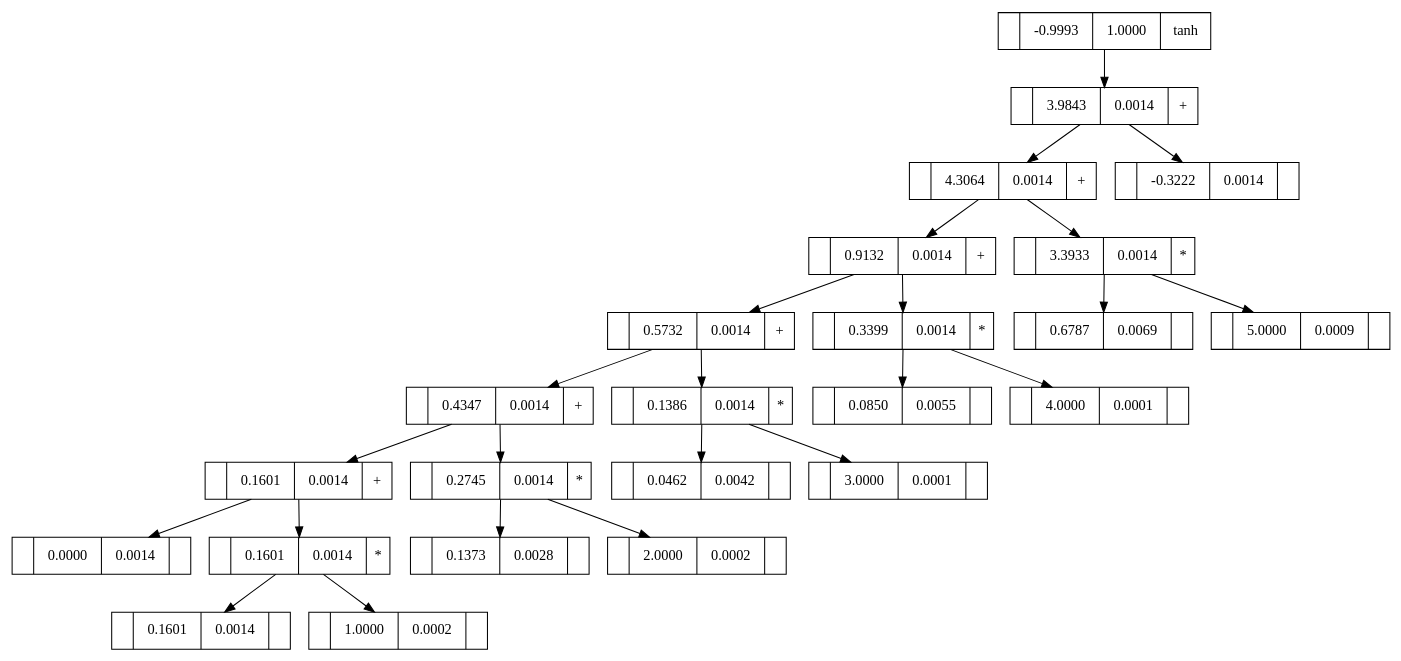
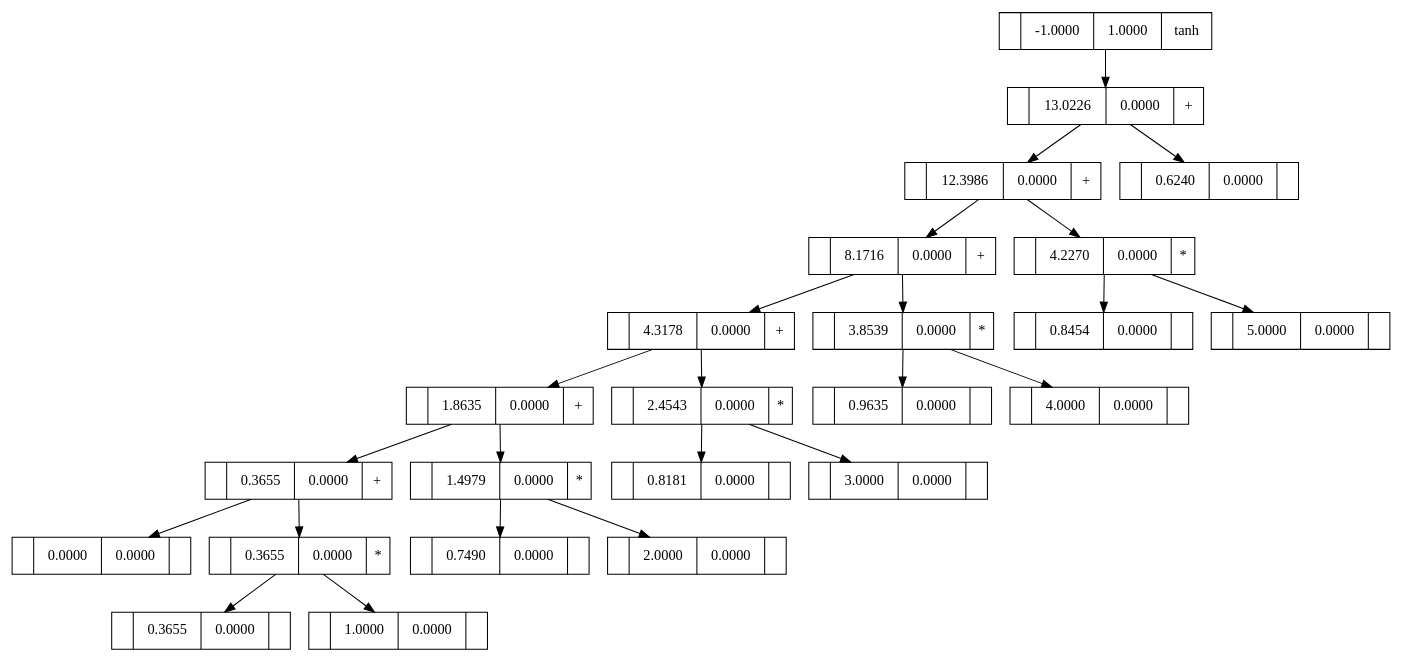
The diagram in graph.dot (gavi/micrograd_cs), drawn with Graphviz before and after one commit. The commit also changed 3 other files, not shown here.

```diff
--- a/graph.dot
+++ b/graph.dot
@@ -1,49 +1,49 @@
 digraph Micrograd { 
-	"36851dc5-9260-447a-9e71-2bdfcf327304"[label="|-0.9993|1.0000|tanh",shape=record]; 
-	"3b8c49cb-c996-41b3-9909-4fffd3eaa673"[label="|3.9843|0.0014|+",shape=record]; 
-	"01fad1bf-d1cc-46e0-a6b7-e0de0a911778"[label="|4.3064|0.0014|+",shape=record]; 
-	"8f2ee170-f077-4f57-b421-a3e494282851"[label="|0.9132|0.0014|+",shape=record]; 
-	"9f47a4c8-cd40-4e00-bf4c-0f3a948baf6b"[label="|0.5732|0.0014|+",shape=record]; 
-	"b695c9e2-d055-4b75-96e2-66bb41ec6195"[label="|0.4347|0.0014|+",shape=record]; 
-	"040e7918-87bc-4630-9660-072cfb1a1e89"[label="|0.1601|0.0014|+",shape=record]; 
-	"1071bc2b-9e29-4ee4-93c4-89fe94dbc833"[label="|0.0000|0.0014|",shape=record]; 
-	"040e7918-87bc-4630-9660-072cfb1a1e89" -> "1071bc2b-9e29-4ee4-93c4-89fe94dbc833"; 
-	"e9e4a5d6-e56a-4666-852a-d4dc4753b958"[label="|0.1601|0.0014|*",shape=record]; 
-	"fd8c6c46-989d-4efa-a3fe-d4e7935879b6"[label="|0.1601|0.0014|",shape=record]; 
-	"e9e4a5d6-e56a-4666-852a-d4dc4753b958" -> "fd8c6c46-989d-4efa-a3fe-d4e7935879b6"; 
-	"34c8427d-2c16-4e0c-a61a-64a6d4184420"[label="|1.0000|0.0002|",shape=record]; 
-	"e9e4a5d6-e56a-4666-852a-d4dc4753b958" -> "34c8427d-2c16-4e0c-a61a-64a6d4184420"; 
-	"040e7918-87bc-4630-9660-072cfb1a1e89" -> "e9e4a5d6-e56a-4666-852a-d4dc4753b958"; 
-	"b695c9e2-d055-4b75-96e2-66bb41ec6195" -> "040e7918-87bc-4630-9660-072cfb1a1e89"; 
-	"280918e6-9fef-4c7e-908f-ddb52691d2fa"[label="|0.2745|0.0014|*",shape=record]; 
-	"56b9b3c6-6787-46f0-bf74-4cee897043ab"[label="|0.1373|0.0028|",shape=record]; 
-	"280918e6-9fef-4c7e-908f-ddb52691d2fa" -> "56b9b3c6-6787-46f0-bf74-4cee897043ab"; 
-	"bbd26c02-e4db-4238-9cb3-3ef960c267cc"[label="|2.0000|0.0002|",shape=record]; 
-	"280918e6-9fef-4c7e-908f-ddb52691d2fa" -> "bbd26c02-e4db-4238-9cb3-3ef960c267cc"; 
-	"b695c9e2-d055-4b75-96e2-66bb41ec6195" -> "280918e6-9fef-4c7e-908f-ddb52691d2fa"; 
-	"9f47a4c8-cd40-4e00-bf4c-0f3a948baf6b" -> "b695c9e2-d055-4b75-96e2-66bb41ec6195"; 
-	"90920e07-383e-4d19-ac44-ba8d7f2dd510"[label="|0.1386|0.0014|*",shape=record]; 
-	"9562df2c-7c66-4234-b994-1adf4541649a"[label="|0.0462|0.0042|",shape=record]; 
-	"90920e07-383e-4d19-ac44-ba8d7f2dd510" -> "9562df2c-7c66-4234-b994-1adf4541649a"; 
-	"48de950c-3f78-48a5-b344-466a6f744038"[label="|3.0000|0.0001|",shape=record]; 
-	"90920e07-383e-4d19-ac44-ba8d7f2dd510" -> "48de950c-3f78-48a5-b344-466a6f744038"; 
-	"9f47a4c8-cd40-4e00-bf4c-0f3a948baf6b" -> "90920e07-383e-4d19-ac44-ba8d7f2dd510"; 
-	"8f2ee170-f077-4f57-b421-a3e494282851" -> "9f47a4c8-cd40-4e00-bf4c-0f3a948baf6b"; 
-	"41eed2e2-f96b-4fb2-91eb-e604f6ad32a2"[label="|0.3399|0.0014|*",shape=record]; 
-	"6849159a-281b-481f-8f8b-729b80677895"[label="|0.0850|0.0055|",shape=record]; 
-	"41eed2e2-f96b-4fb2-91eb-e604f6ad32a2" -> "6849159a-281b-481f-8f8b-729b80677895"; 
-	"289a8a3f-1985-4649-863f-aaa084e1289a"[label="|4.0000|0.0001|",shape=record]; 
-	"41eed2e2-f96b-4fb2-91eb-e604f6ad32a2" -> "289a8a3f-1985-4649-863f-aaa084e1289a"; 
-	"8f2ee170-f077-4f57-b421-a3e494282851" -> "41eed2e2-f96b-4fb2-91eb-e604f6ad32a2"; 
-	"01fad1bf-d1cc-46e0-a6b7-e0de0a911778" -> "8f2ee170-f077-4f57-b421-a3e494282851"; 
-	"6c7a3e8c-6786-4dea-a619-e92bd7177034"[label="|3.3933|0.0014|*",shape=record]; 
-	"fe5666c3-f029-4135-914b-a83152f985d6"[label="|0.6787|0.0069|",shape=record]; 
-	"6c7a3e8c-6786-4dea-a619-e92bd7177034" -> "fe5666c3-f029-4135-914b-a83152f985d6"; 
-	"c0a2b806-9764-48c5-8f0b-1a91241c060c"[label="|5.0000|0.0009|",shape=record]; 
-	"6c7a3e8c-6786-4dea-a619-e92bd7177034" -> "c0a2b806-9764-48c5-8f0b-1a91241c060c"; 
-	"01fad1bf-d1cc-46e0-a6b7-e0de0a911778" -> "6c7a3e8c-6786-4dea-a619-e92bd7177034"; 
-	"3b8c49cb-c996-41b3-9909-4fffd3eaa673" -> "01fad1bf-d1cc-46e0-a6b7-e0de0a911778"; 
-	"d7db1759-92c5-420f-916b-dd1188c6289a"[label="|-0.3222|0.0014|",shape=record]; 
-	"3b8c49cb-c996-41b3-9909-4fffd3eaa673" -> "d7db1759-92c5-420f-916b-dd1188c6289a"; 
-	"36851dc5-9260-447a-9e71-2bdfcf327304" -> "3b8c49cb-c996-41b3-9909-4fffd3eaa673"; 
+	"6143bf2f-4d23-4694-a6d0-6e238f723780"[label="|-1.0000|1.0000|tanh",shape=record]; 
+	"8e4d4067-d888-422e-b33d-e0e4137440ea"[label="|13.0226|0.0000|+",shape=record]; 
+	"81778eb8-81f4-414c-8bc7-66ad8fbead81"[label="|12.3986|0.0000|+",shape=record]; 
+	"7af53bc3-61e8-41ea-a2aa-ed0a00b5611d"[label="|8.1716|0.0000|+",shape=record]; 
+	"c0b4cce6-43c6-428e-a36c-577b0e2d7edd"[label="|4.3178|0.0000|+",shape=record]; 
+	"b2e3880b-14a8-4108-8cea-b33b65cc47d7"[label="|1.8635|0.0000|+",shape=record]; 
+	"6027f99c-53cd-407e-9c86-80d039c45aa8"[label="|0.3655|0.0000|+",shape=record]; 
+	"c8d20fe8-6622-480f-94d3-4e880bfef903"[label="|0.0000|0.0000|",shape=record]; 
+	"6027f99c-53cd-407e-9c86-80d039c45aa8" -> "c8d20fe8-6622-480f-94d3-4e880bfef903"; 
+	"3ee7d3f2-9cb5-462b-a928-bb844c64d352"[label="|0.3655|0.0000|*",shape=record]; 
+	"cffe58a8-9173-499d-b7e6-fe9a099f163e"[label="|0.3655|0.0000|",shape=record]; 
+	"3ee7d3f2-9cb5-462b-a928-bb844c64d352" -> "cffe58a8-9173-499d-b7e6-fe9a099f163e"; 
+	"96573e78-c131-4797-b992-14952bd30c06"[label="|1.0000|0.0000|",shape=record]; 
+	"3ee7d3f2-9cb5-462b-a928-bb844c64d352" -> "96573e78-c131-4797-b992-14952bd30c06"; 
+	"6027f99c-53cd-407e-9c86-80d039c45aa8" -> "3ee7d3f2-9cb5-462b-a928-bb844c64d352"; 
+	"b2e3880b-14a8-4108-8cea-b33b65cc47d7" -> "6027f99c-53cd-407e-9c86-80d039c45aa8"; 
+	"1ce660c1-2e15-46f1-abed-f2cdd5934024"[label="|1.4979|0.0000|*",shape=record]; 
+	"c4622a93-cfd1-429c-b552-8e2ecda7c12a"[label="|0.7490|0.0000|",shape=record]; 
+	"1ce660c1-2e15-46f1-abed-f2cdd5934024" -> "c4622a93-cfd1-429c-b552-8e2ecda7c12a"; 
+	"ee0b6f14-584a-476b-b33b-2ab19cb7139e"[label="|2.0000|0.0000|",shape=record]; 
+	"1ce660c1-2e15-46f1-abed-f2cdd5934024" -> "ee0b6f14-584a-476b-b33b-2ab19cb7139e"; 
+	"b2e3880b-14a8-4108-8cea-b33b65cc47d7" -> "1ce660c1-2e15-46f1-abed-f2cdd5934024"; 
+	"c0b4cce6-43c6-428e-a36c-577b0e2d7edd" -> "b2e3880b-14a8-4108-8cea-b33b65cc47d7"; 
+	"7b4cc28a-cb4c-4e44-979a-e4d950a7dea7"[label="|2.4543|0.0000|*",shape=record]; 
+	"6ad882b9-ab62-4b80-ae83-1479211abda5"[label="|0.8181|0.0000|",shape=record]; 
+	"7b4cc28a-cb4c-4e44-979a-e4d950a7dea7" -> "6ad882b9-ab62-4b80-ae83-1479211abda5"; 
+	"6d1e9e5b-8302-4610-95ed-587d54057bd0"[label="|3.0000|0.0000|",shape=record]; 
+	"7b4cc28a-cb4c-4e44-979a-e4d950a7dea7" -> "6d1e9e5b-8302-4610-95ed-587d54057bd0"; 
+	"c0b4cce6-43c6-428e-a36c-577b0e2d7edd" -> "7b4cc28a-cb4c-4e44-979a-e4d950a7dea7"; 
+	"7af53bc3-61e8-41ea-a2aa-ed0a00b5611d" -> "c0b4cce6-43c6-428e-a36c-577b0e2d7edd"; 
+	"32fc05cb-5cfb-43eb-8295-298bfab86080"[label="|3.8539|0.0000|*",shape=record]; 
+	"4e2e101f-0915-4c1c-9f1a-d490bece80aa"[label="|0.9635|0.0000|",shape=record]; 
+	"32fc05cb-5cfb-43eb-8295-298bfab86080" -> "4e2e101f-0915-4c1c-9f1a-d490bece80aa"; 
+	"49e0310e-09be-440d-add8-ebe29665b860"[label="|4.0000|0.0000|",shape=record]; 
+	"32fc05cb-5cfb-43eb-8295-298bfab86080" -> "49e0310e-09be-440d-add8-ebe29665b860"; 
+	"7af53bc3-61e8-41ea-a2aa-ed0a00b5611d" -> "32fc05cb-5cfb-43eb-8295-298bfab86080"; 
+	"81778eb8-81f4-414c-8bc7-66ad8fbead81" -> "7af53bc3-61e8-41ea-a2aa-ed0a00b5611d"; 
+	"69022c48-f438-4af4-9e5b-26fceac3482c"[label="|4.2270|0.0000|*",shape=record]; 
+	"7d0fb1a8-57e6-47e7-9334-9416fefb4ec9"[label="|0.8454|0.0000|",shape=record]; 
+	"69022c48-f438-4af4-9e5b-26fceac3482c" -> "7d0fb1a8-57e6-47e7-9334-9416fefb4ec9"; 
+	"059f97f7-8140-45fd-a67e-55c2bfc81d78"[label="|5.0000|0.0000|",shape=record]; 
+	"69022c48-f438-4af4-9e5b-26fceac3482c" -> "059f97f7-8140-45fd-a67e-55c2bfc81d78"; 
+	"81778eb8-81f4-414c-8bc7-66ad8fbead81" -> "69022c48-f438-4af4-9e5b-26fceac3482c"; 
+	"8e4d4067-d888-422e-b33d-e0e4137440ea" -> "81778eb8-81f4-414c-8bc7-66ad8fbead81"; 
+	"9a44cd5e-b211-407b-9825-ef70243e615b"[label="|0.6240|0.0000|",shape=record]; 
+	"8e4d4067-d888-422e-b33d-e0e4137440ea" -> "9a44cd5e-b211-407b-9825-ef70243e615b"; 
+	"6143bf2f-4d23-4694-a6d0-6e238f723780" -> "8e4d4067-d888-422e-b33d-e0e4137440ea"; 
 }
```
